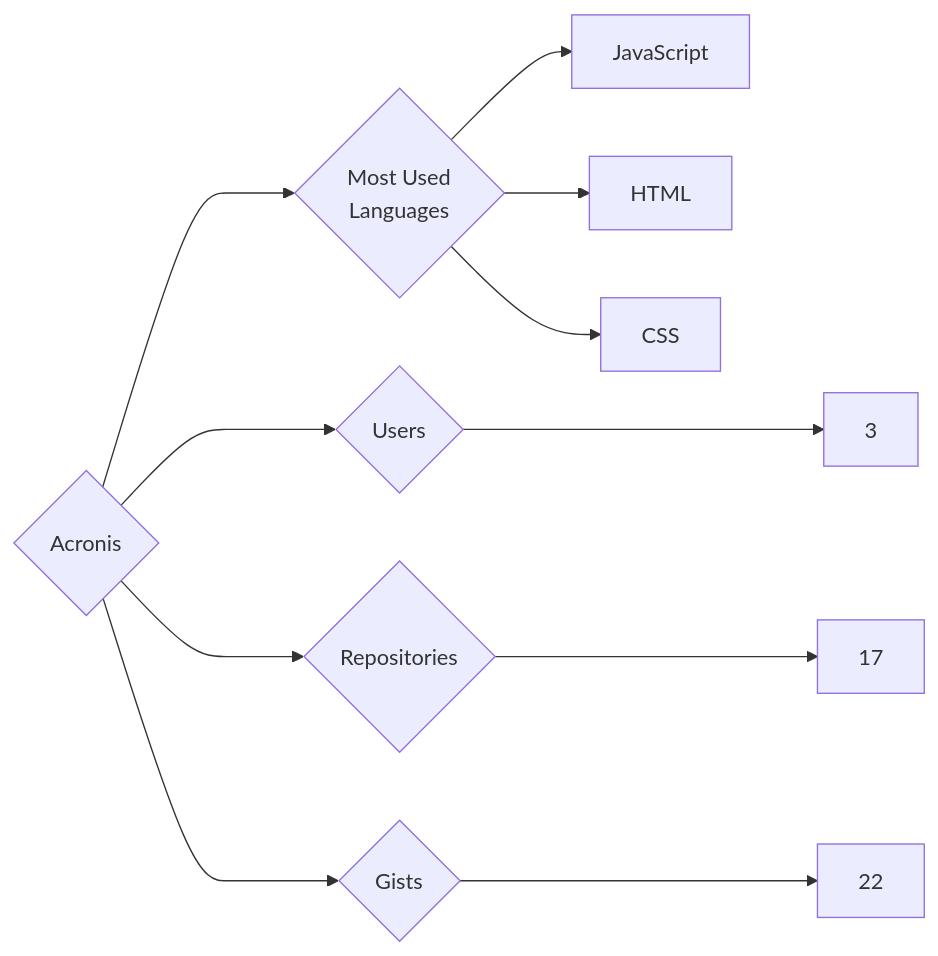
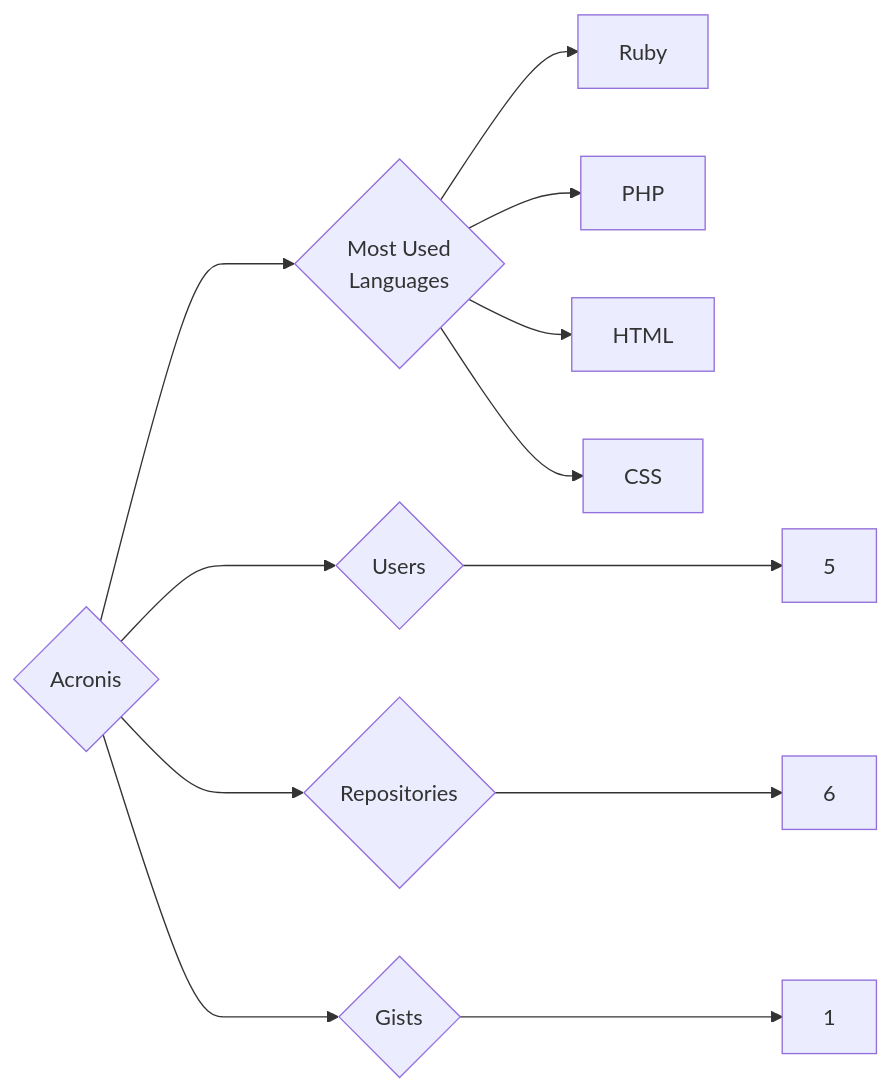
One commit to trickest/insiders changed the diagram in targets/Acronis/README.md. Above: the diagram before and after it, drawn with Mermaid. The commit also changed 1088 other files, not shown here.

````diff
--- a/targets/Acronis/README.md
+++ b/targets/Acronis/README.md
@@ -3,11 +3,12 @@
 ```mermaid
 graph LR
 COMPANY_NAME{Acronis}
-COMPANY_NAME ---> U{Users} ---> UN[3]
-COMPANY_NAME ---> R{Repositories} ---> RN[17]
-COMPANY_NAME ---> G{Gists} ---> GN[22]
+COMPANY_NAME ---> U{Users} ---> UN[5]
+COMPANY_NAME ---> R{Repositories} ---> RN[6]
+COMPANY_NAME ---> G{Gists} ---> GN[1]
 COMPANY_NAME ---> ML{Most Used<br>Languages}
-ML --> JavaScript[JavaScript]
+ML --> Ruby[Ruby]
+ML --> PHP[PHP]
 ML --> HTML[HTML]
 ML --> CSS[CSS]
 ```
````
